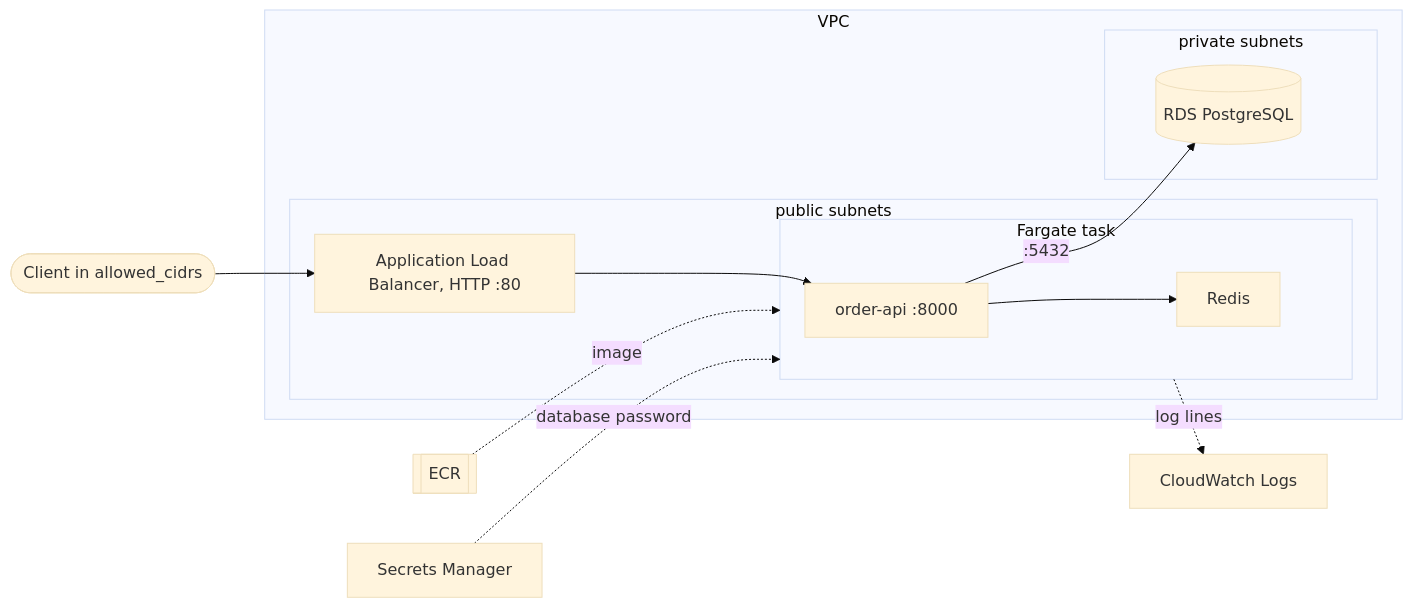
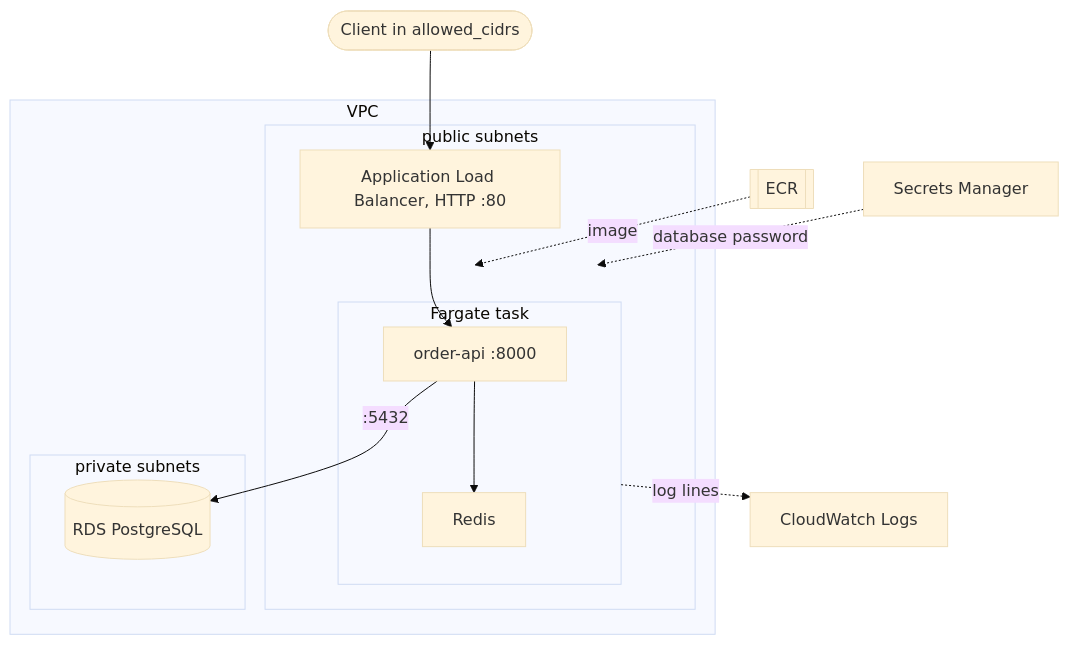
One commit to ikuko-otani/event-driven-orders changed the second of 2 diagrams in README.md. Above: the diagram before and after it, drawn with Mermaid (base theme).

Commit message:
docs(readme): draw the AWS diagram top to bottom

````diff
--- a/README.md
+++ b/README.md
@@ -97,29 +97,29 @@
 ```mermaid
-flowchart LR
+flowchart TB
     client(["Client in allowed_cidrs"])
 
     subgraph vpc["VPC"]
         subgraph pub["public subnets"]
             alb["Application Load Balancer, HTTP :80"]
             subgraph task["Fargate task"]
                 api["order-api :8000"]
                 redis["Redis"]
             end
         end
         subgraph priv["private subnets"]
             rds[("RDS PostgreSQL")]
         end
     end
 
     ecr[["ECR"]]
     secret["Secrets Manager"]
     logs["CloudWatch Logs"]
 
     client --> alb
     alb --> api
     api --> redis
     api -->|":5432"| rds
     ecr -.->|"image"| task
     secret -.->|"database password"| task
     task -.->|"log lines"| logs
 ```
````
